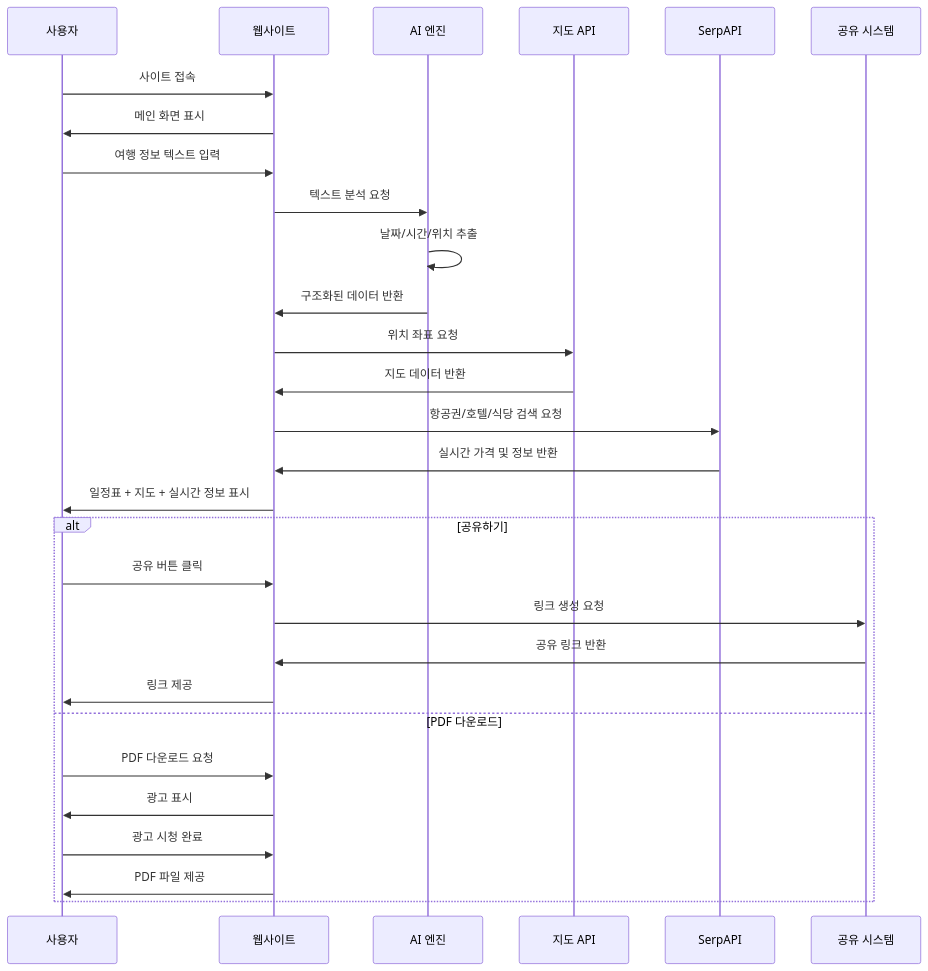
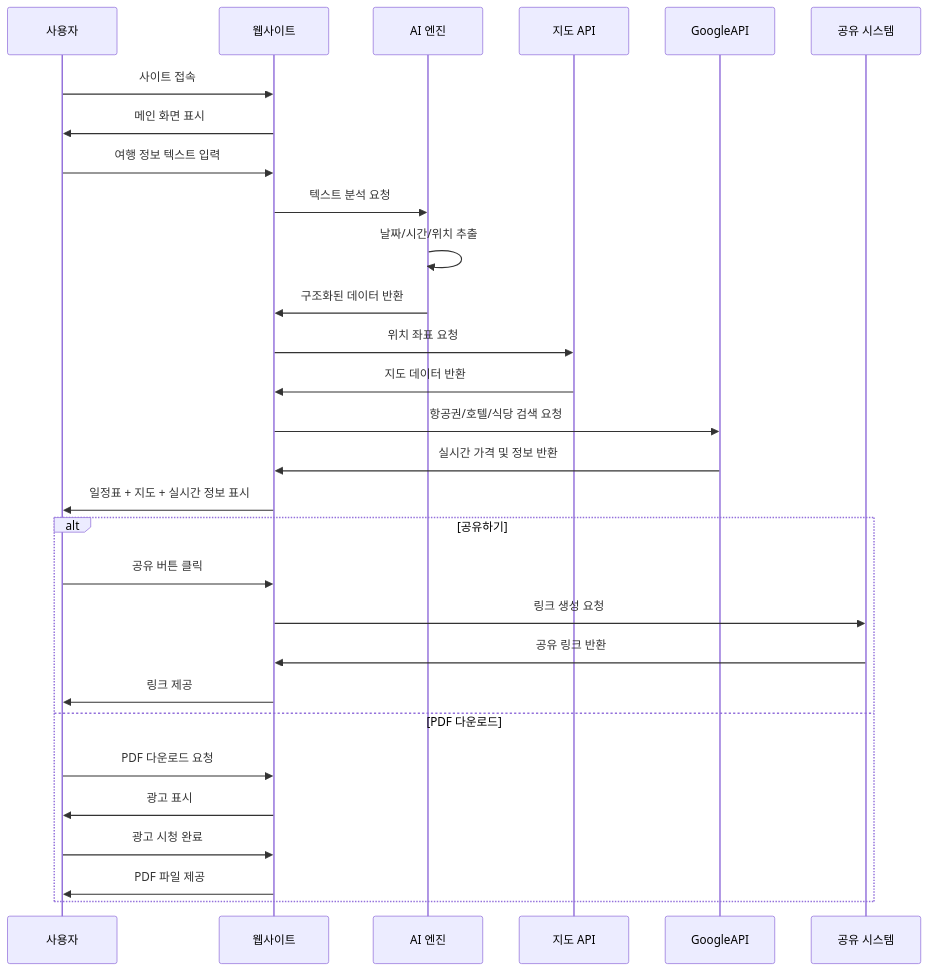
Before and after one commit to oz-team-jane/oz-landing: the second of 2 diagrams in cursor_mdc/사용자 시나리오.mdc, drawn with Mermaid. The commit also changed other lines of this file and 2 other files, not shown here.

````diff
--- a/cursor_mdc/사용자 시나리오.mdc
+++ b/cursor_mdc/사용자 시나리오.mdc
@@ -149,33 +151,33 @@
 ```mermaid
 sequenceDiagram
     participant U as 사용자
     participant W as 웹사이트
     participant AI as AI 엔진
     participant M as 지도 API
-    participant SerpAPI as SerpAPI
+    participant GoogleAPI as GoogleAPI
     participant S as 공유 시스템
     
     U->>W: 사이트 접속
     W->>U: 메인 화면 표시
     U->>W: 여행 정보 텍스트 입력
     W->>AI: 텍스트 분석 요청
     AI->>AI: 날짜/시간/위치 추출
     AI->>W: 구조화된 데이터 반환
     W->>M: 위치 좌표 요청
     M->>W: 지도 데이터 반환
-    W->>SerpAPI: 항공권/호텔/식당 검색 요청
-    SerpAPI->>W: 실시간 가격 및 정보 반환
+    W->>GoogleAPI: 항공권/호텔/식당 검색 요청
+    GoogleAPI->>W: 실시간 가격 및 정보 반환
     W->>U: 일정표 + 지도 + 실시간 정보 표시
     
     alt 공유하기
         U->>W: 공유 버튼 클릭
         W->>S: 링크 생성 요청
         S->>W: 공유 링크 반환
         W->>U: 링크 제공
     else PDF 다운로드
         U->>W: PDF 다운로드 요청
         W->>U: 광고 표시
         U->>W: 광고 시청 완료
         W->>U: PDF 파일 제공
          end
  ```
````
